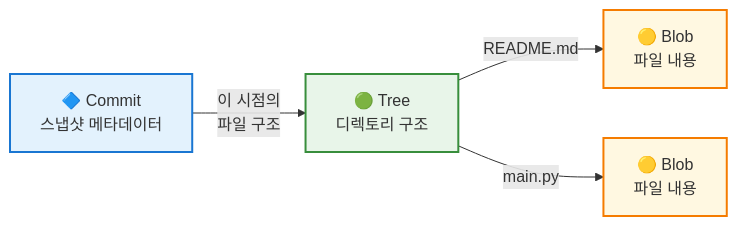
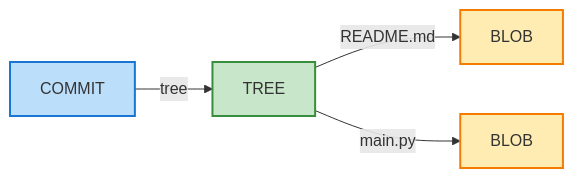
The first of 8 diagrams in content/posts/git-internals-01-object-storage.md (hiddenpunch/hiddenpunch.github.io), drawn with Mermaid before and after one commit. The commit also changed other lines of this file, not shown here.

Commit message:
Simplify Mermaid: English only, code blocks

````diff
--- a/content/posts/git-internals-01-object-storage.md
+++ b/content/posts/git-internals-01-object-storage.md
@@ -49,16 +49,16 @@
-<div class="mermaid">
+```mermaid
 flowchart LR
-    C[🔷 Commit<br/>스냅샷 메타데이터]
-    T[🟢 Tree<br/>디렉토리 구조]
-    B1[🟡 Blob<br/>파일 내용]
-    B2[🟡 Blob<br/>파일 내용]
+    C[COMMIT]
+    T[TREE]
+    B1[BLOB]
+    B2[BLOB]
     
-    C -->|"이 시점의<br/>파일 구조"| T
-    T -->|"README.md"| B1
-    T -->|"main.py"| B2
+    C -->|tree| T
+    T -->|README.md| B1
+    T -->|main.py| B2
     
-    style C fill:#e3f2fd,stroke:#1976d2,stroke-width:2px
-    style T fill:#e8f5e9,stroke:#388e3c,stroke-width:2px
-    style B1 fill:#fff8e1,stroke:#f57c00,stroke-width:2px
-    style B2 fill:#fff8e1,stroke:#f57c00,stroke-width:2px
-</div>
+    style C fill:#bbdefb,stroke:#1976d2,stroke-width:2px
+    style T fill:#c8e6c9,stroke:#388e3c,stroke-width:2px
+    style B1 fill:#ffecb3,stroke:#f57c00,stroke-width:2px
+    style B2 fill:#ffecb3,stroke:#f57c00,stroke-width:2px
+```
````
